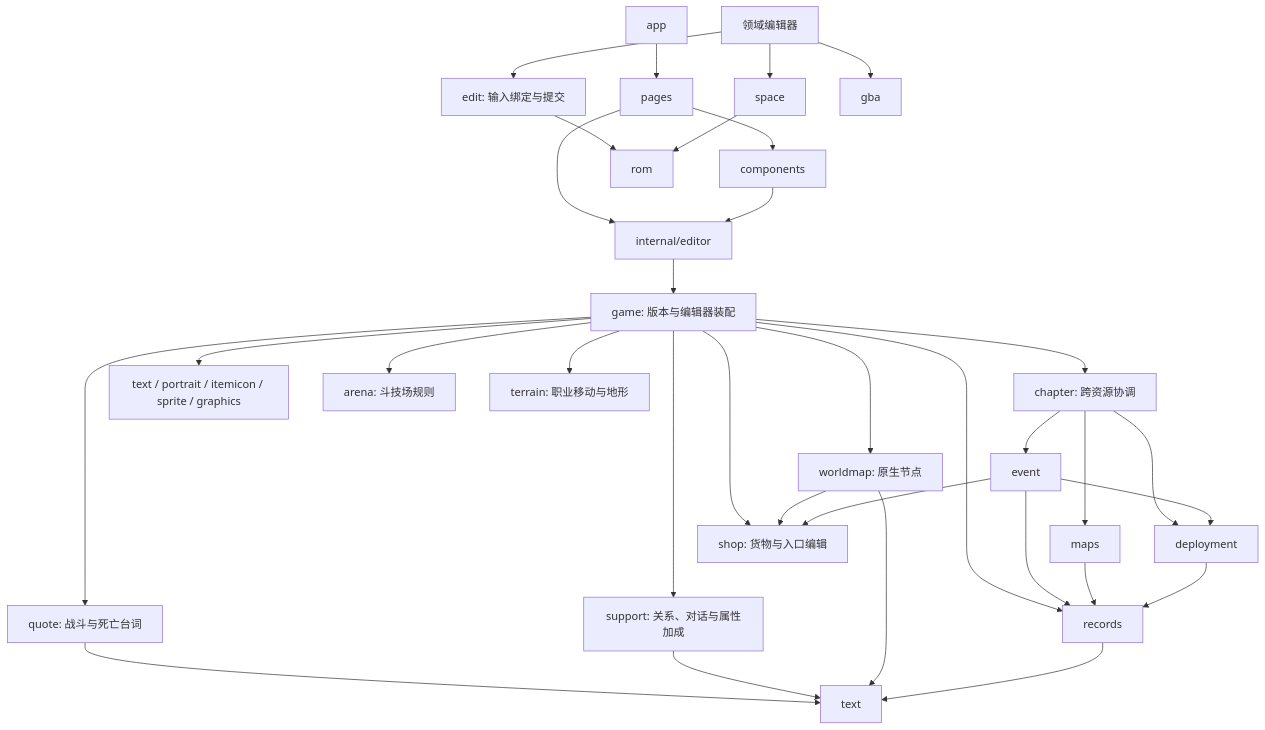
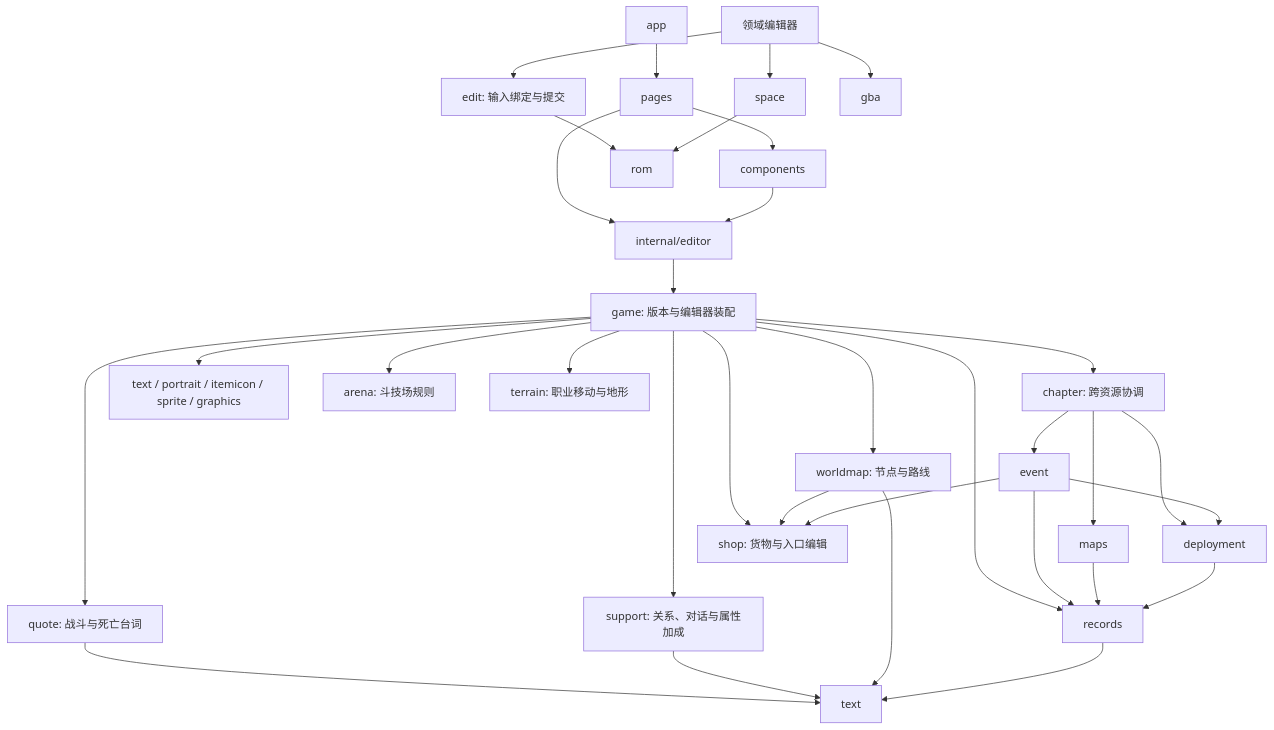
One commit to woxQAQ/febuildergba-mygo changed the first of 2 diagrams in docs/architecture.md. Above: the diagram before and after it, drawn with Mermaid. The commit also changed other lines of this file and 25 other files, not shown here.

````diff
--- a/docs/architecture.md
+++ b/docs/architecture.md
@@ -61,35 +61,35 @@
 ```mermaid
 flowchart TD
     App[app] --> Pages[pages]
     Pages --> Components[components]
     Pages --> State[internal/editor]
     Components --> State
     State --> Game[game: 版本与编辑器装配]
     Game --> Chapter[chapter: 跨资源协调]
     Game --> Records[records]
     Game --> Media[text / portrait / itemicon / sprite / graphics]
     Chapter --> Maps[maps]
     Chapter --> Event[event]
     Chapter --> Deployment[deployment]
     Event --> Deployment
     Game --> Quote[quote: 战斗与死亡台词]
     Quote --> Text
     Game --> Arena[arena: 斗技场规则]
     Game --> Support[support: 关系、对话与属性加成]
     Game --> Terrain[terrain: 职业移动与地形]
     Support --> Text
     Game --> Shop[shop: 货物与入口编辑]
-    Game --> Worldmap[worldmap: 原生节点]
+    Game --> Worldmap[worldmap: 节点与路线]
     Worldmap --> Shop
     Worldmap --> Text
     Event --> Shop
     Event --> Records
     Maps --> Records
     Deployment --> Records
     Records --> Text[text]
     Domain[领域编辑器] --> Edit[edit: 输入绑定与提交]
     Edit --> ROM[rom]
     Domain --> Space[space]
     Domain --> GBA[gba]
     Space --> ROM
 ```
````
